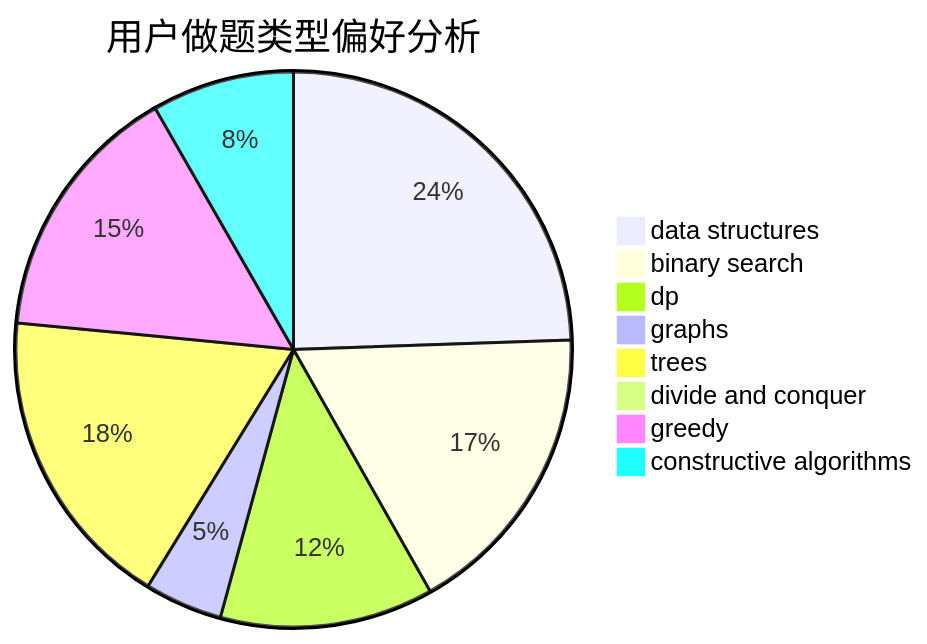
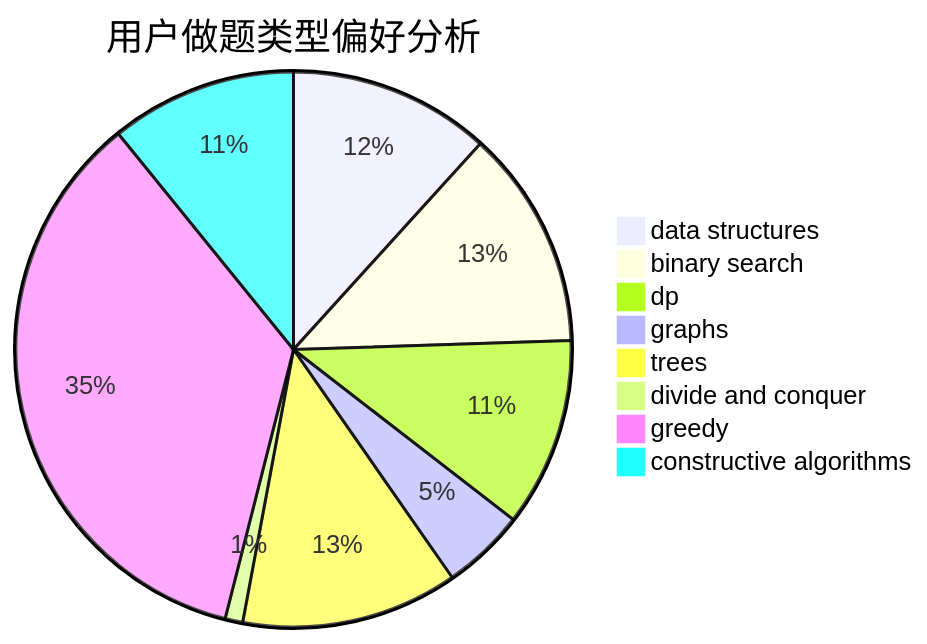
Before and after one commit to sherpahu/cfrs.github.io: the second of 3 diagrams in docs/user/u1983.md, drawn with Mermaid. The commit also changed other lines of this file and 2770 other files, not shown here.

````diff
--- a/docs/user/u1983.md
+++ b/docs/user/u1983.md
@@ -23,11 +23,11 @@
 ```mermaid
 pie title 用户做题类型偏好分析
-    "data structures" :  124
-    "binary search" :  88
-    "dp" :  63
-    "graphs" :  23
-    "trees" :  90
-    "divide and conquer" :  0
-    "greedy" :  77
-    "constructive algorithms" :  42
+    "data structures" :  80
+    "binary search" :  87
+    "dp" :  75
+    "graphs" :  33
+    "trees" :  86
+    "divide and conquer" :  7
+    "greedy" :  240
+    "constructive algorithms" :  74
 ```
````
